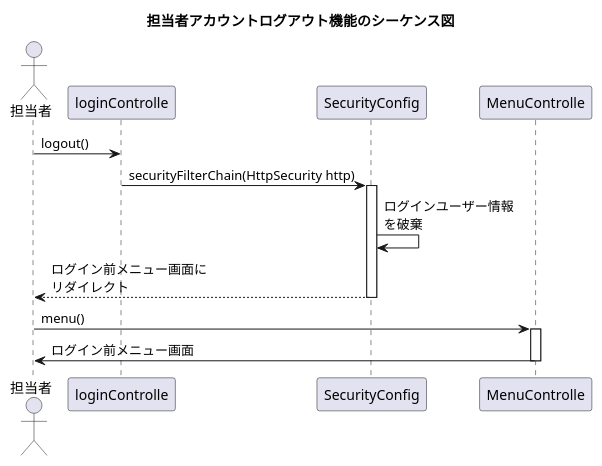
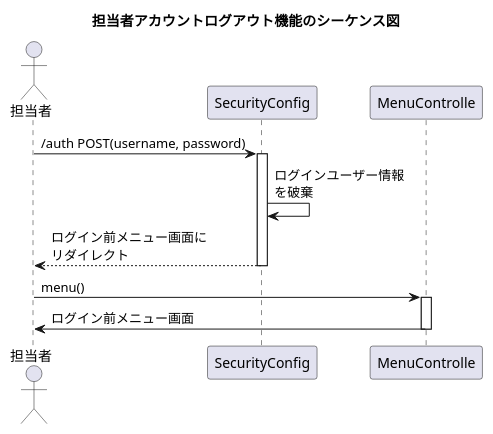
The diagram in plan/uml/sequence/uc018.plantuml (kanavii3333/ec-b), drawn with PlantUML before and after one commit. The commit also changed 3 other files, not shown here.

```diff
--- a/plan/uml/sequence/uc018.plantuml
+++ b/plan/uml/sequence/uc018.plantuml
@@ -1,15 +1,14 @@
 @startuml
 
 title 担当者アカウントログアウト機能のシーケンス図
 actor "担当者" as user
-participant "loginControlle" as controller
 participant "SecurityConfig" as config
 participant "MenuControlle" as controller1
-user-> controller:logout()
-controller -> config++:securityFilterChain(HttpSecurity http)
+
+user -> config++:/auth POST(username, password)
 config -> config:ログインユーザー情報\nを破棄
 config --> user--:ログイン前メニュー画面に\nリダイレクト
 user -> controller1++:menu()
 controller1 -> user--:ログイン前メニュー画面
 
 @enduml
```
